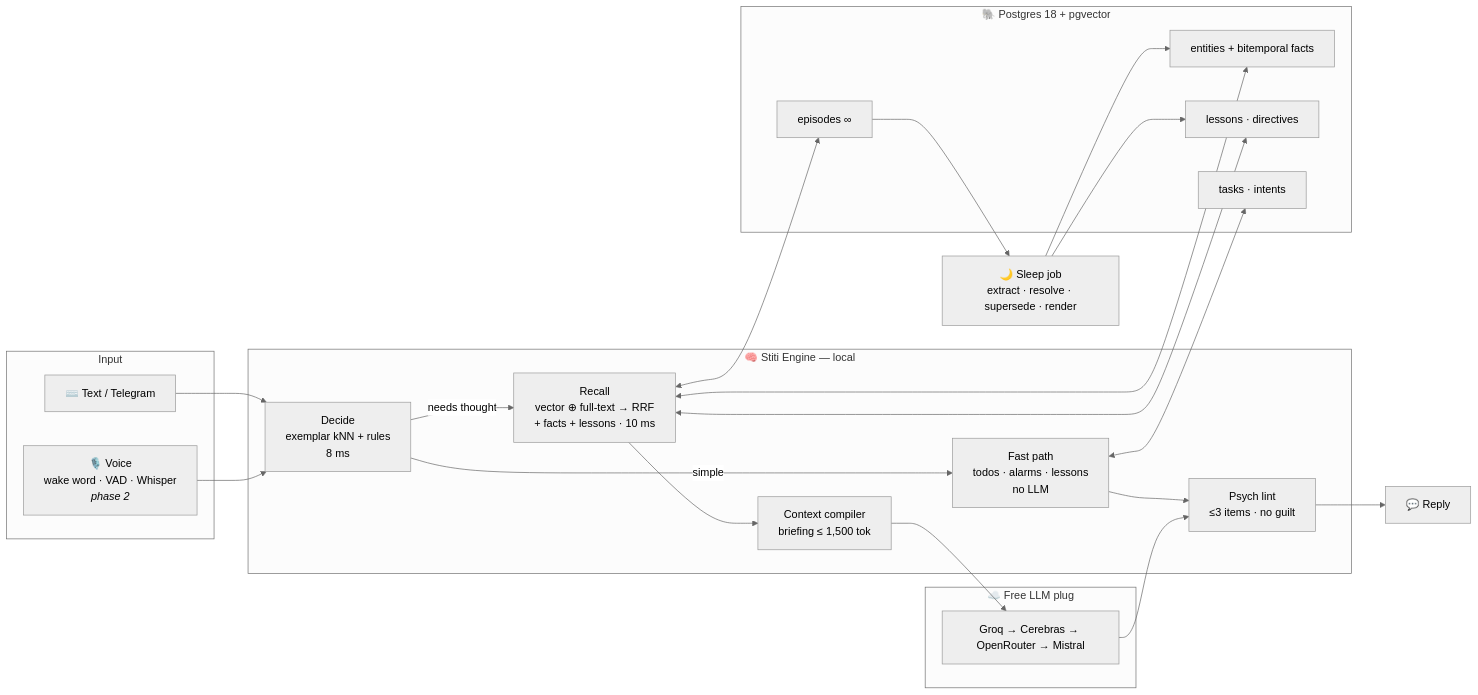
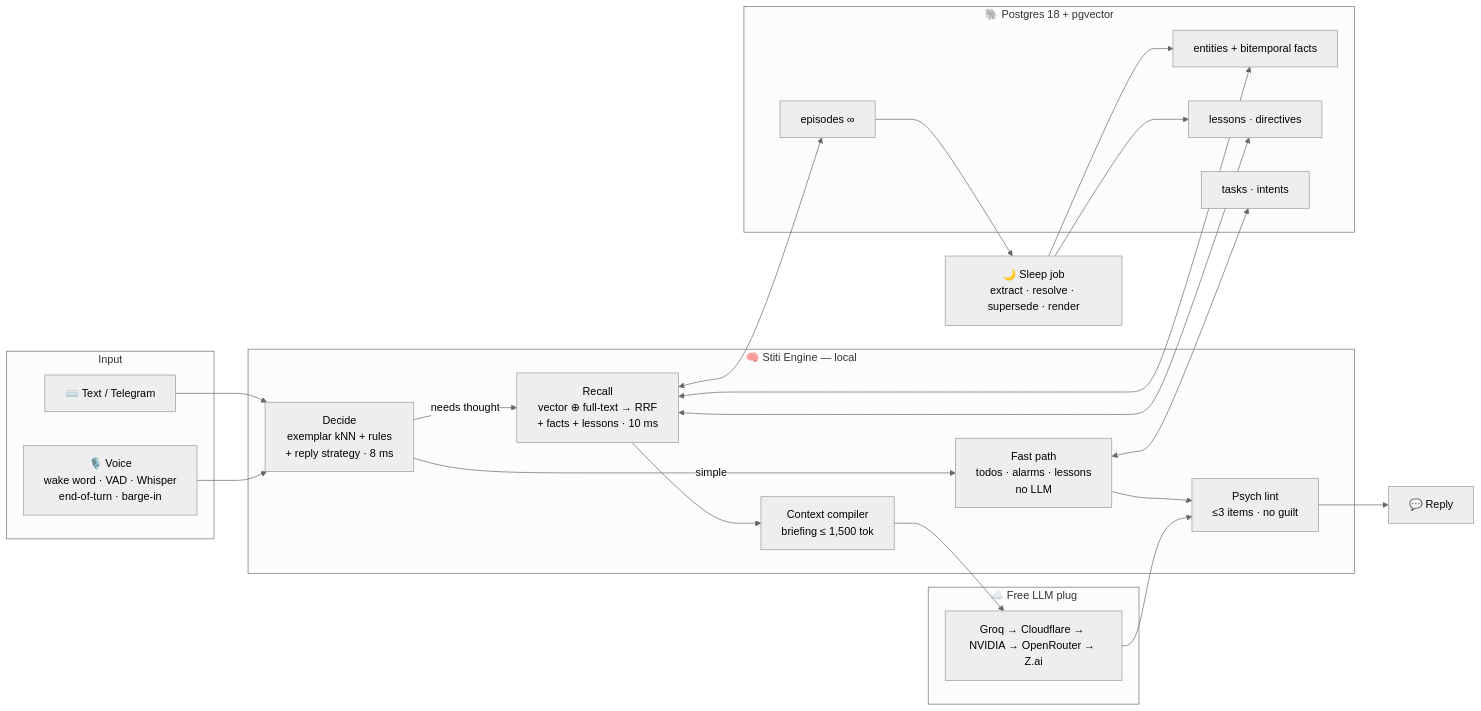
The first of 2 diagrams in README.md (Tejmul/Stiti), drawn with Mermaid (neutral theme) before and after one commit. The commit also changed other lines of this file, not shown here.

First line of the commit message:
docs(readme): human conversation layer, research credits, new numbers, quickstart and roadmap

````diff
--- a/README.md
+++ b/README.md
@@ -108,34 +131,34 @@
 ```mermaid
 flowchart LR
     subgraph IN[Input]
-        V[🎙️ Voice<br/>wake word · VAD · Whisper<br/><i>phase 2</i>]
+        V[🎙️ Voice<br/>wake word · VAD · Whisper<br/>end-of-turn · barge-in]
         T[⌨️ Text / Telegram]
     end
     subgraph BRAIN[🧠 Stiti Engine — local]
-        D[Decide<br/>exemplar kNN + rules<br/>8 ms]
+        D[Decide<br/>exemplar kNN + rules<br/>+ reply strategy · 8 ms]
         F[Fast path<br/>todos · alarms · lessons<br/>no LLM]
         R[Recall<br/>vector ⊕ full-text → RRF<br/>+ facts + lessons · 10 ms]
         C[Context compiler<br/>briefing ≤ 1,500 tok]
         P[Psych lint<br/>≤3 items · no guilt]
     end
     subgraph PG[🐘 Postgres 18 + pgvector]
         E[episodes ∞]
         G[entities + bitemporal facts]
         L[lessons · directives]
         K[tasks · intents]
     end
     subgraph CLOUD[☁️ Free LLM plug]
-        X[Groq → Cerebras → OpenRouter → Mistral]
+        X[Groq → Cloudflare → NVIDIA → OpenRouter → Z.ai]
     end
     S[🌙 Sleep job<br/>extract · resolve · supersede · render]
 
     T --> D
     V --> D
     D -->|simple| F --> P
     D -->|needs thought| R --> C --> X --> P
     P --> OUT[💬 Reply]
     F <--> K
     R <--> E & G & L
     S --> G & L
     E --> S
 ```
````
